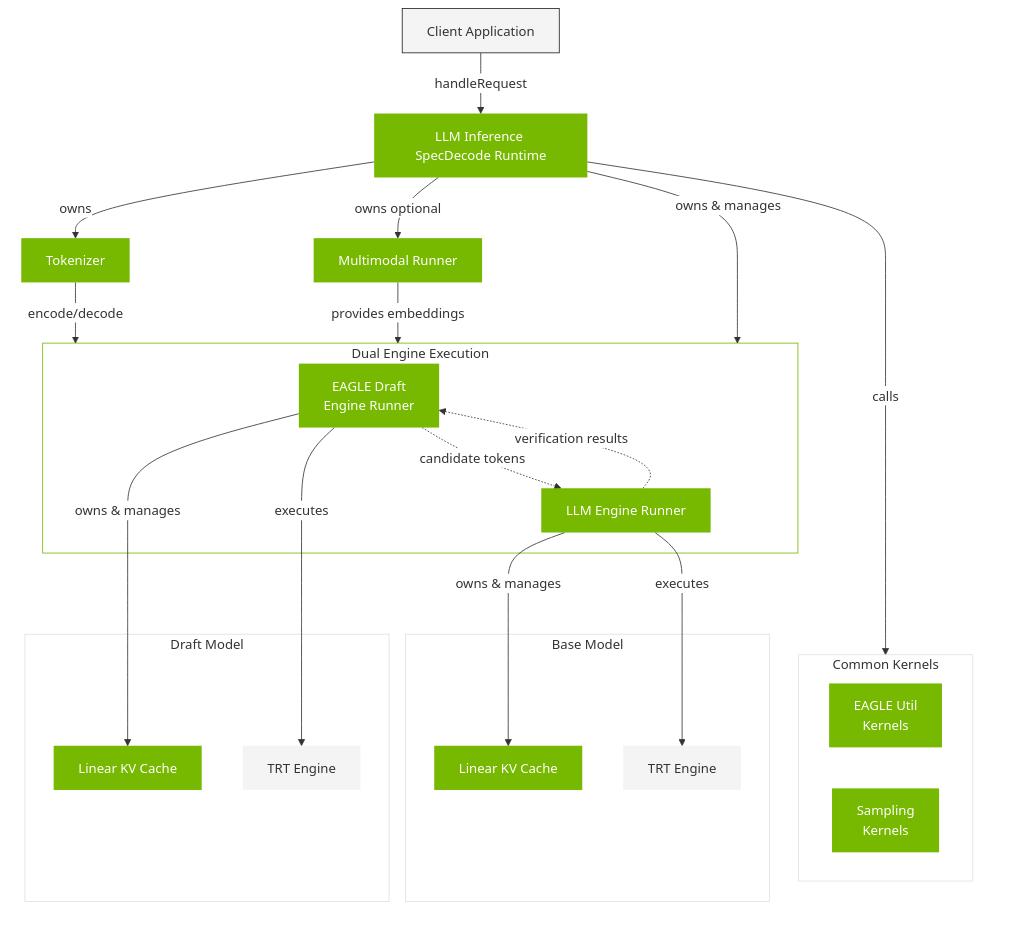
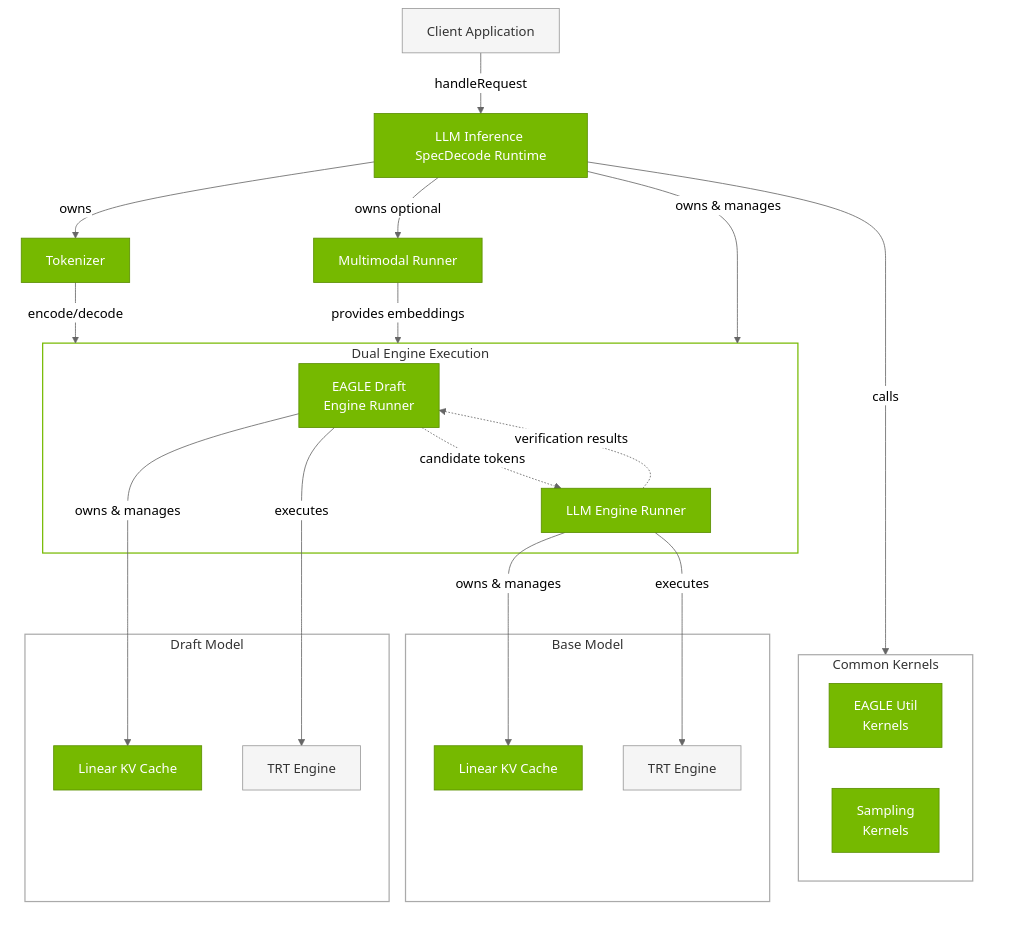
One commit to ConstBob/TensorRT-Edge-LLM changed the first of 3 diagrams in docs/source/developer_guide/04.3_LLM_Inference_SpecDecode_Runtime.md. Above: the diagram before and after it, drawn with Mermaid. The commit also changed other lines of this file and 20 other files, not shown here.

````diff
--- a/docs/source/developer_guide/04.3_LLM_Inference_SpecDecode_Runtime.md
+++ b/docs/source/developer_guide/04.3_LLM_Inference_SpecDecode_Runtime.md
@@ -15,65 +8,65 @@
 ```mermaid
-%%{init: {'themeVariables': {'edgeLabelBackground': 'white'}}}%%
+%%{init: {'theme':'neutral', 'themeVariables': {'primaryColor':'#76B900','primaryTextColor':'#fff','primaryBorderColor':'#5a8f00','lineColor':'#666','edgeLabelBackground':'#ffffff','labelTextColor':'#000','clusterBkg':'#ffffff','clusterBorder':'#999'}}}%%
 graph TB
 
 CLIENT[Client Application]
 SPECDECODE_RT[LLM Inference SpecDecode Runtime]
 MULTIMODAL[Multimodal Runner]
 TOKENIZER[Tokenizer]
 
 CLIENT -->|handleRequest| SPECDECODE_RT
 SPECDECODE_RT -->|owns| TOKENIZER
 SPECDECODE_RT -->|owns optional| MULTIMODAL
 
 subgraph ENGINE_RUNNERS[Dual Engine Execution]
     DRAFT_RUNNER[EAGLE Draft<BR>Engine Runner]
     BASE_RUNNER[LLM Engine Runner]
 end
 
 subgraph END_NODES[" "]
     subgraph DRAFT_COMPONENTS[Draft Model]
         DRAFT_KV[Linear KV Cache]
         DRAFT_ENGINE[TRT Engine]
     end
 
     subgraph COMMON_KERNELS["Common Kernels"]
     EAGLEKERNELS[EAGLE Util<br>Kernels]
     SAMPLING[Sampling<br>Kernels]
     end
 
     subgraph BASE_COMPONENTS [Base Model]
         BASE_KV[Linear KV Cache]
         BASE_ENGINE[TRT Engine]
     end
 end
 
 MULTIMODAL -->|provides embeddings| ENGINE_RUNNERS
 TOKENIZER -->|encode/decode| ENGINE_RUNNERS
 SPECDECODE_RT -->|owns & manages| ENGINE_RUNNERS
 SPECDECODE_RT -->|calls| COMMON_KERNELS
 
 DRAFT_RUNNER -->|owns & manages| DRAFT_KV
 DRAFT_RUNNER -->|executes| DRAFT_ENGINE
 
 BASE_RUNNER -->|owns & manages| BASE_KV
 BASE_RUNNER -->|executes| BASE_ENGINE
 
 DRAFT_RUNNER -.->|candidate tokens| BASE_RUNNER
 BASE_RUNNER -.->|verification results| DRAFT_RUNNER
 
 %% Styling
-classDef nvNode fill:#76B900, stroke-width:0px, color:#ffffff
-classDef greyNode fill:#f4f4f4, stroke-width:0px
-classDef darkNode fill:#505050, stroke-width:0px, color:#ffffff
-classDef inputNode fill:#f4f4f4, stroke: #202020
-classDef greenSubGraph fill:#ffffff, stroke:#76B900
-classDef greySubGraph fill:#ffffff, stroke:#e0e0e0
-classDef invisibleSubGraph fill:transparent, stroke:transparent
+classDef nvNode fill:#76B900,stroke:#5a8f00,stroke-width:1px,color:#fff
+classDef greyNode fill:#f5f5f5,stroke:#999,stroke-width:1px,color:#333
+classDef darkNode fill:#ffffff,stroke:#999,stroke-width:1px,color:#333
+classDef inputNode fill:#f5f5f5,stroke:#999,stroke-width:1px,color:#333
+classDef greenSubGraph fill:none,stroke:#76B900,stroke-width:1.5px
+classDef greySubGraph fill:none,stroke:#aaa,stroke-width:1.5px
+classDef invisibleSubGraph fill:transparent,stroke:transparent
 
 class CLIENT inputNode
 class SPECDECODE_RT,DRAFT_RUNNER,BASE_RUNNER,TOKENIZER,MULTIMODAL,DRAFT_KV,BASE_KV,EAGLEKERNELS,SAMPLING nvNode
 class DRAFT_ENGINE,BASE_ENGINE greyNode
 class ENGINE_RUNNERS greenSubGraph
 class DRAFT_COMPONENTS,BASE_COMPONENTS,COMMON_KERNELS greySubGraph
 class END_NODES invisibleSubGraph
 ```
````
